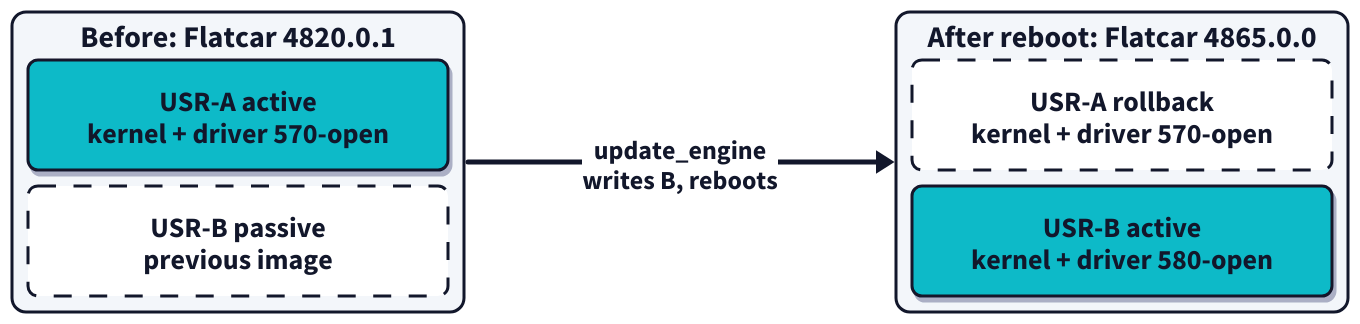
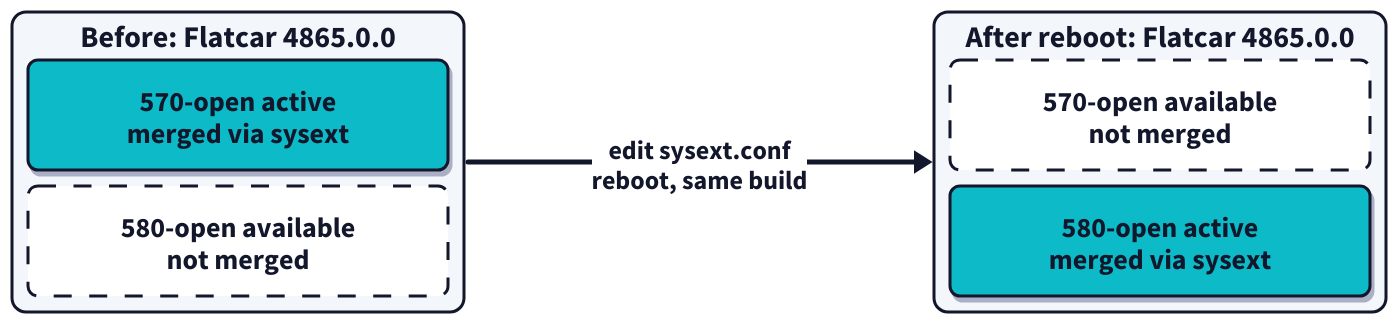
The diagram in assets/diagrams/driver-upgrade.d2 (John15321/kubecon-na-2026-), drawn with D2 before and after one commit. The commit also changed 10 other files, not shown here.

```diff
--- a/assets/diagrams/driver-upgrade.d2
+++ b/assets/diagrams/driver-upgrade.d2
@@ -1,33 +1,33 @@
 vars: {
   d2-config: {
     pad: 24
     sketch: false
   }
 }
 
 classes: {
   idle: {style: {fill: "#FFFFFF"; stroke: "#12172B"; stroke-width: 3; stroke-dash: 6; font-color: "#12172B"; font-size: 28; bold: true; border-radius: 10}}
   active: {style: {fill: "#09BAC8"; stroke: "#12172B"; stroke-width: 3; font-color: "#12172B"; font-size: 28; bold: true; border-radius: 10; shadow: true}}
   group: {style: {fill: "#F3F6FA"; stroke: "#12172B"; stroke-width: 3; font-color: "#12172B"; font-size: 30; bold: true; border-radius: 14}}
   arrow: {style: {stroke: "#12172B"; stroke-width: 5; font-color: "#12172B"; font-size: 26; bold: true}}
 }
 
 direction: right
 
-before: "Before: Flatcar 4820.0.1" {
+before: "Before: Flatcar 4865.0.0" {
   class: group
   grid-columns: 1
   grid-gap: 16
-  a: "USR-A  active\nkernel + driver 570-open" {class: active; width: 420; height: 110}
-  b: "USR-B  passive\nprevious image" {class: idle; width: 420; height: 110}
+  a: "570-open  active\nmerged via sysext" {class: active; width: 420; height: 110}
+  b: "580-open  available\nnot merged" {class: idle; width: 420; height: 110}
 }
 
 after: "After reboot: Flatcar 4865.0.0" {
   class: group
   grid-columns: 1
   grid-gap: 16
-  a: "USR-A  rollback\nkernel + driver 570-open" {class: idle; width: 420; height: 110}
-  b: "USR-B  active\nkernel + driver 580-open" {class: active; width: 420; height: 110}
+  a: "570-open  available\nnot merged" {class: idle; width: 420; height: 110}
+  b: "580-open  active\nmerged via sysext" {class: active; width: 420; height: 110}
 }
 
-before -> after: "update_engine\nwrites B, reboots" {class: arrow}
+before -> after: "edit sysext.conf\nreboot, same build" {class: arrow}
```
